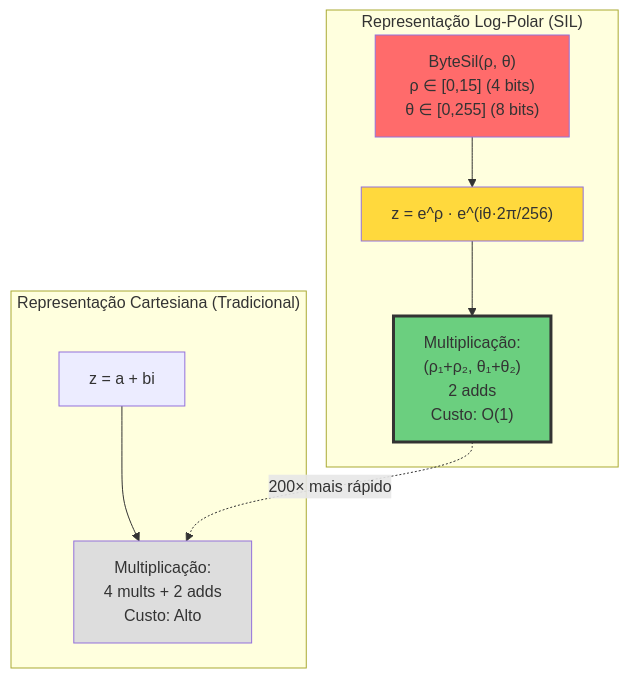
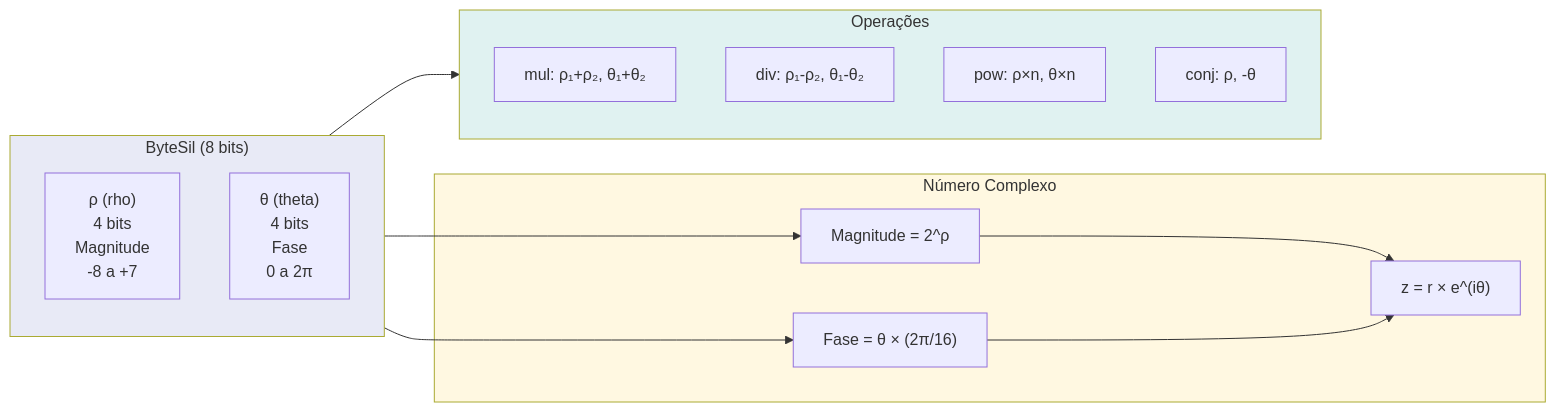
The fourth of 20 diagrams in docs/DIAGRAMS.md (silvanoneto/SIL), drawn with Mermaid before and after one commit. The commit also changed other lines of this file and 7 other files, not shown here.

````diff
--- a/docs/DIAGRAMS.md
+++ b/docs/DIAGRAMS.md
@@ -224,24 +182,32 @@
 ```mermaid
-graph TB
-    subgraph "Representação Cartesiana (Tradicional)"
-        C1[z = a + bi]
-        C2[Multiplicação:<br/>4 mults + 2 adds<br/>Custo: Alto]
+flowchart LR
+    subgraph BYTESIL["ByteSil (8 bits)"]
+        direction TB
+        RHO["ρ (rho)<br/>4 bits<br/>Magnitude<br/>-8 a +7"]
+        THETA["θ (theta)<br/>4 bits<br/>Fase<br/>0 a 2π"]
     end
 
-    subgraph "Representação Log-Polar (SIL)"
-        LP1["ByteSil(ρ, θ)<br/>ρ ∈ [0,15] (4 bits)<br/>θ ∈ [0,255] (8 bits)"]
-        LP2["z = e^ρ · e^(iθ·2π/256)"]
-        LP3["Multiplicação:<br/>(ρ₁+ρ₂, θ₁+θ₂)<br/>2 adds<br/>Custo: O(1)"]
+    subgraph COMPLEX["Número Complexo"]
+        MAG["Magnitude = 2^ρ"]
+        PHASE["Fase = θ × (2π/16)"]
+        CART["z = r × e^(iθ)"]
     end
 
-    C1 --> C2
-    LP1 --> LP2
-    LP2 --> LP3
+    subgraph OPS["Operações"]
+        MUL["mul: ρ₁+ρ₂, θ₁+θ₂"]
+        DIV["div: ρ₁-ρ₂, θ₁-θ₂"]
+        POW["pow: ρ×n, θ×n"]
+        CONJ["conj: ρ, -θ"]
+    end
 
-    LP3 -.->|200× mais rápido| C2
+    RHO --> MAG
+    THETA --> PHASE
+    MAG --> CART
+    PHASE --> CART
 
-    style LP1 fill:#ff6b6b
-    style LP2 fill:#ffd93d
-    style LP3 fill:#6bcf7f,stroke:#333,stroke-width:3px
-    style C2 fill:#ddd
+    BYTESIL --> OPS
+
+    style BYTESIL fill:#e8eaf6
+    style COMPLEX fill:#fff8e1
+    style OPS fill:#e0f2f1
 ```
````
